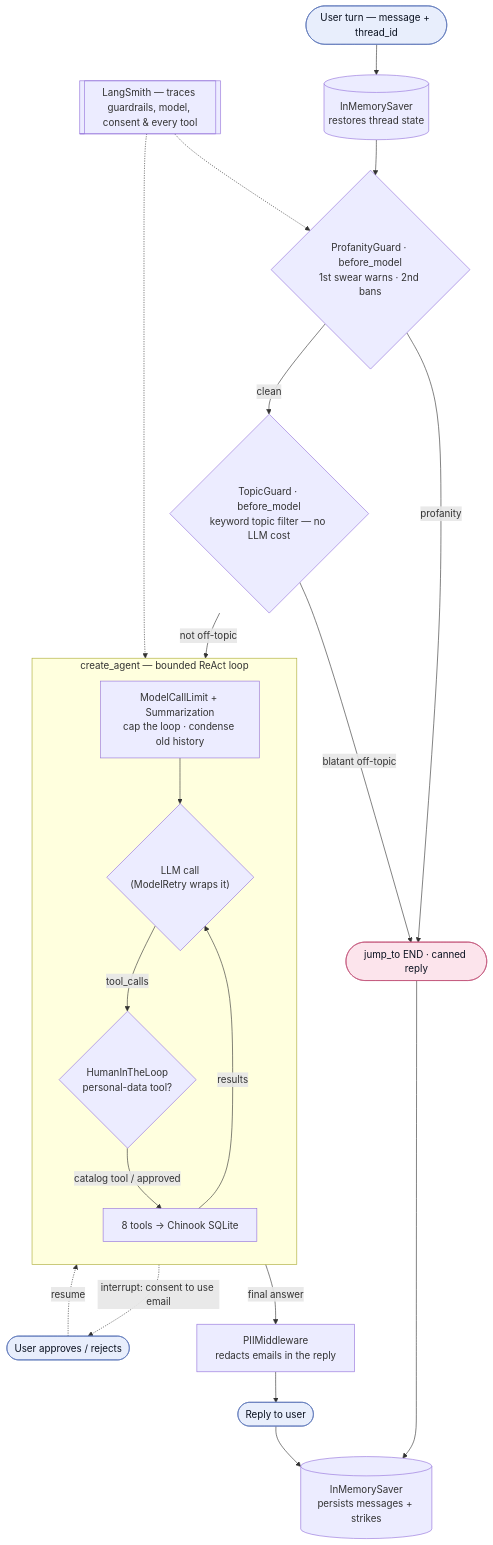
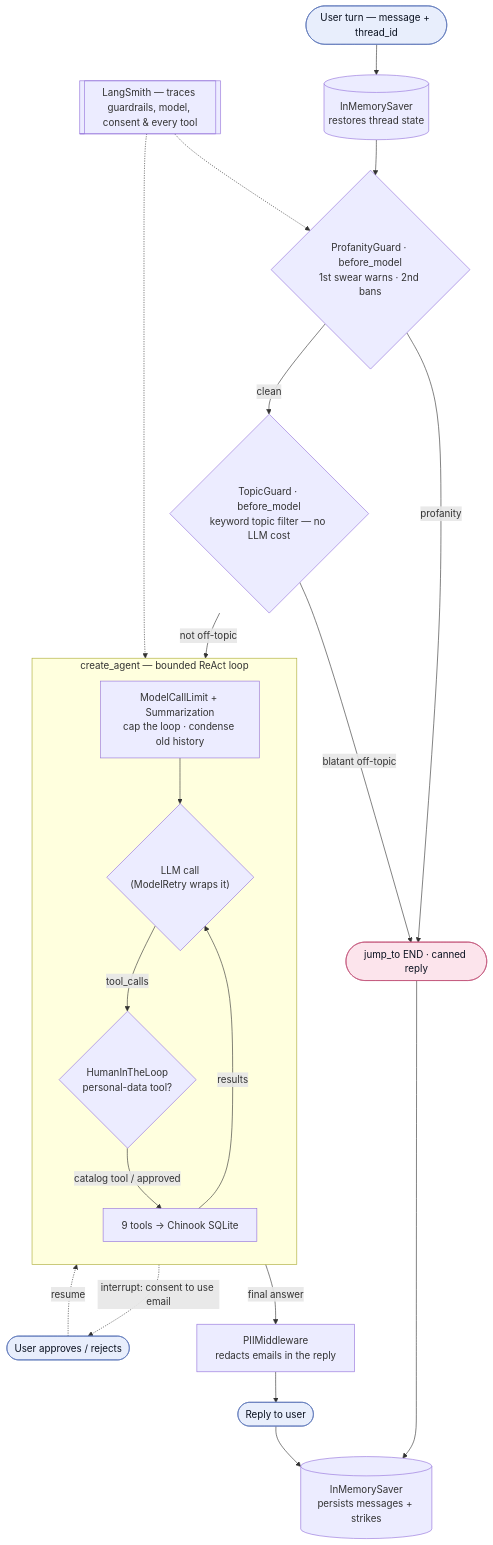
One commit to flamarion/musicstore-chatbot changed the diagram in README.md. Above: the diagram before and after it, drawn with Mermaid. The commit also changed other lines of this file and 5 other files, not shown here.

````diff
--- a/README.md
+++ b/README.md
@@ -104,35 +104,35 @@
 ```mermaid
 flowchart TD
     U(["User turn — message + thread_id"]) --> CPR[("InMemorySaver<br/>restores thread state")]
     CPR --> PG{"ProfanityGuard · before_model<br/>1st swear warns · 2nd bans"}
 
     PG -- "profanity" --> STOP(["jump_to END · canned reply"])
     PG -- "clean" --> TG{"TopicGuard · before_model<br/>keyword topic filter — no LLM cost"}
     TG -- "blatant off-topic" --> STOP
     TG -- "not off-topic" --> LIM
 
     subgraph agentloop["create_agent — bounded ReAct loop"]
         direction TB
         LIM["ModelCallLimit + Summarization<br/>cap the loop · condense old history"] --> M{"LLM call<br/>(ModelRetry wraps it)"}
         M -- "tool_calls" --> HITL{"HumanInTheLoop<br/>personal-data tool?"}
-        HITL -- "catalog tool / approved" --> T["8 tools → Chinook SQLite"]
+        HITL -- "catalog tool / approved" --> T["9 tools → Chinook SQLite"]
         T -- "results" --> M
     end
 
     HITL -. "interrupt: consent to use email" .-> CONSENT(["User approves / rejects"])
     CONSENT -. "resume" .-> HITL
 
     M -- "final answer" --> PII["PIIMiddleware<br/>redacts emails in the reply"]
     PII --> R(["Reply to user"])
     STOP --> CPW[("InMemorySaver<br/>persists messages + strikes")]
     R --> CPW
 
     LS[["LangSmith — traces guardrails, model, consent & every tool"]]
     LS -.-> PG
     LS -.-> M
 
     classDef io fill:#e8eefc,stroke:#5b76b8,color:#0b1220;
     classDef stop fill:#fce4ec,stroke:#c2557a,color:#0b1220;
     class U,R,CONSENT io;
     class STOP stop;
 ```
````
